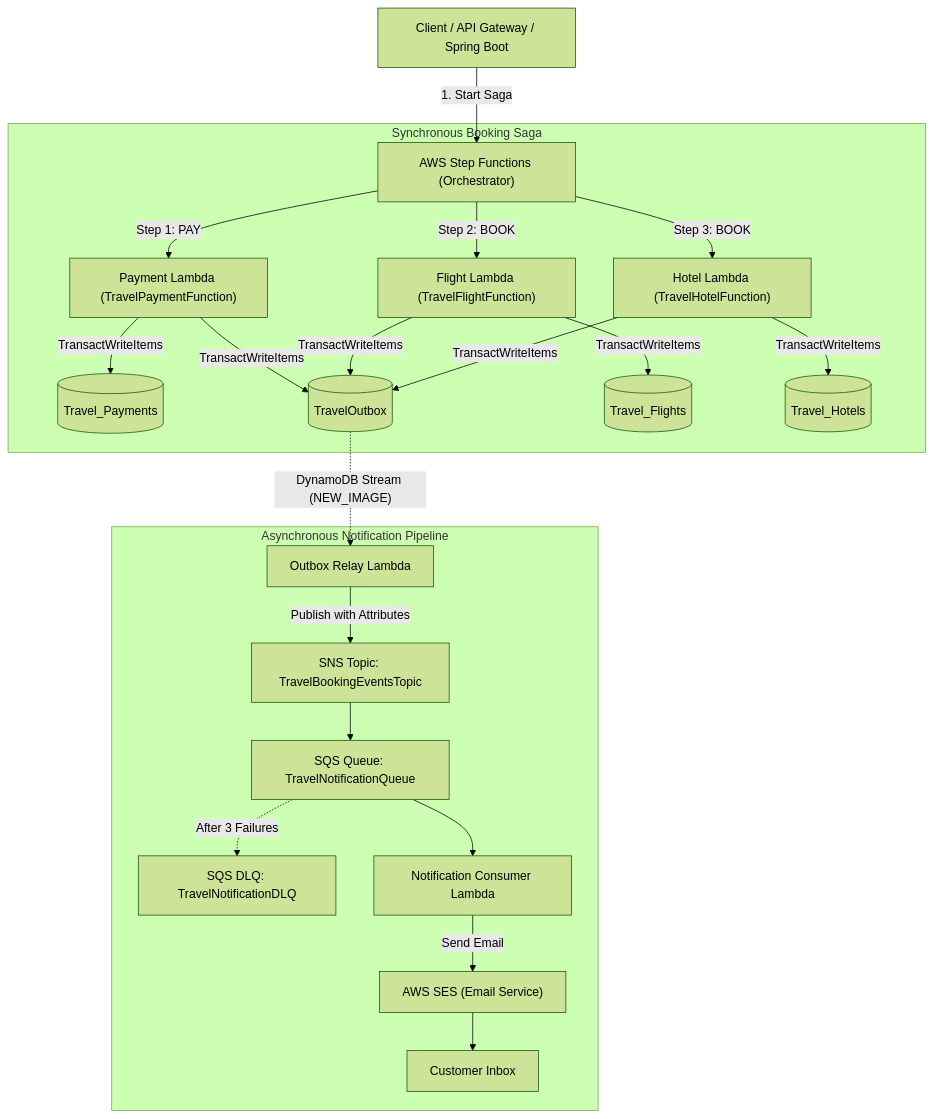
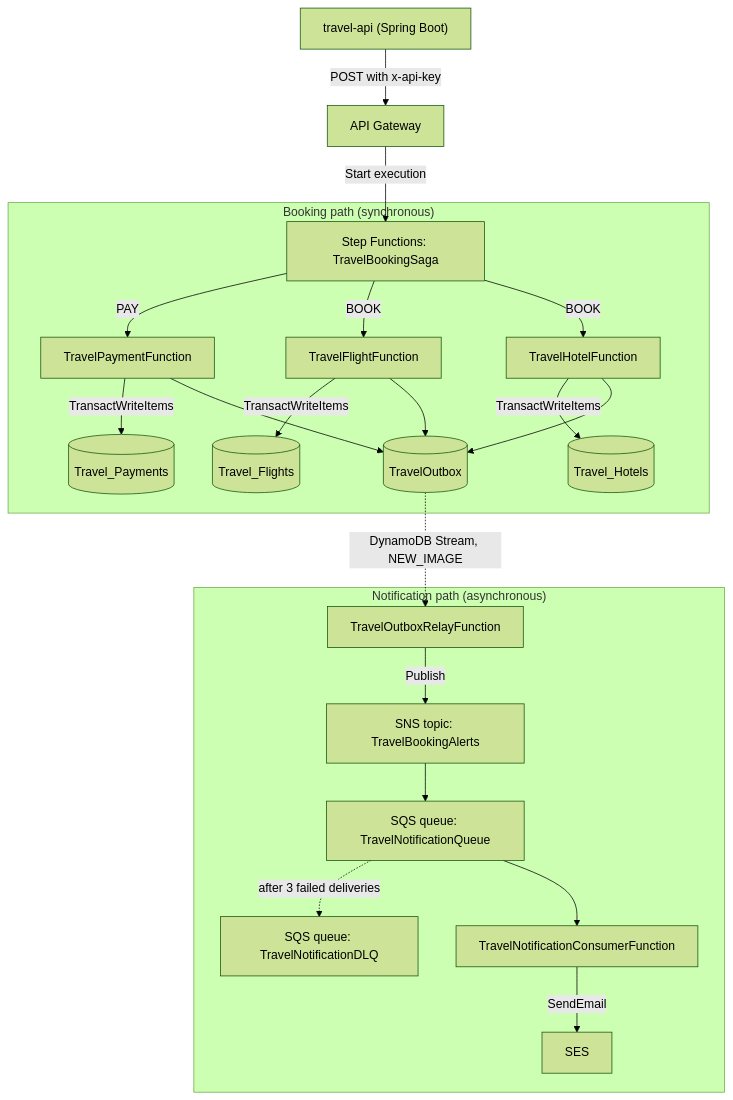
Before and after one commit to Aksh9203/Distributed-Travel-Booking-Saga: the first of 2 diagrams in README.md, drawn with Mermaid (forest theme). The commit also changed other lines of this file and 1 other file, not shown here.

````diff
--- a/README.md
+++ b/README.md
@@ -50,28 +44,26 @@
 ```mermaid
 flowchart TD
-    Client["Client / API Gateway / Spring Boot"] -->|1. Start Saga| SFN["AWS Step Functions (Orchestrator)"]
+    Client["travel-api (Spring Boot)"] -->|"POST with x-api-key"| APIGW["API Gateway"]
+    APIGW -->|"Start execution"| SFN["Step Functions: TravelBookingSaga"]
 
-    subgraph Synchronous Booking Saga
-        SFN -->|Step 1: PAY| PaymentLambda["Payment Lambda (TravelPaymentFunction)"]
-        PaymentLambda -->|TransactWriteItems| DDB_Pay[("Travel_Payments")]
-        PaymentLambda -->|TransactWriteItems| DDB_Outbox[("TravelOutbox")]
-
-        SFN -->|Step 2: BOOK| FlightLambda["Flight Lambda (TravelFlightFunction)"]
-        FlightLambda -->|TransactWriteItems| DDB_Flight[("Travel_Flights")]
-        FlightLambda -->|TransactWriteItems| DDB_Outbox
-
-        SFN -->|Step 3: BOOK| HotelLambda["Hotel Lambda (TravelHotelFunction)"]
-        HotelLambda -->|TransactWriteItems| DDB_Hotel[("Travel_Hotels")]
-        HotelLambda -->|TransactWriteItems| DDB_Outbox
+    subgraph Booking["Booking path (synchronous)"]
+        SFN -->|"PAY"| Pay["TravelPaymentFunction"]
+        SFN -->|"BOOK"| Flight["TravelFlightFunction"]
+        SFN -->|"BOOK"| Hotel["TravelHotelFunction"]
+        Pay -->|"TransactWriteItems"| PayT[("Travel_Payments")]
+        Flight -->|"TransactWriteItems"| FlightT[("Travel_Flights")]
+        Hotel -->|"TransactWriteItems"| HotelT[("Travel_Hotels")]
+        Pay --> Outbox[("TravelOutbox")]
+        Flight --> Outbox
+        Hotel --> Outbox
     end
 
-    subgraph Asynchronous Notification Pipeline
-        DDB_Outbox -.->|"DynamoDB Stream (NEW_IMAGE)"| RelayLambda["Outbox Relay Lambda"]
-        RelayLambda -->|Publish with Attributes| SNS["SNS Topic: TravelBookingEventsTopic"]
-        SNS --> SQS["SQS Queue: TravelNotificationQueue"]
-        SQS -.->|After 3 Failures| DLQ["SQS DLQ: TravelNotificationDLQ"]
-        SQS --> ConsumerLambda["Notification Consumer Lambda"]
-        ConsumerLambda -->|Send Email| SES["AWS SES (Email Service)"]
-        SES --> UserInbox["Customer Inbox"]
+    subgraph Notify["Notification path (asynchronous)"]
+        Outbox -.->|"DynamoDB Stream, NEW_IMAGE"| Relay["TravelOutboxRelayFunction"]
+        Relay -->|"Publish"| SNS["SNS topic: TravelBookingAlerts"]
+        SNS --> SQS["SQS queue: TravelNotificationQueue"]
+        SQS -.->|"after 3 failed deliveries"| DLQ["SQS queue: TravelNotificationDLQ"]
+        SQS --> Consumer["TravelNotificationConsumerFunction"]
+        Consumer -->|"SendEmail"| SES["SES"]
     end
 ```
````
